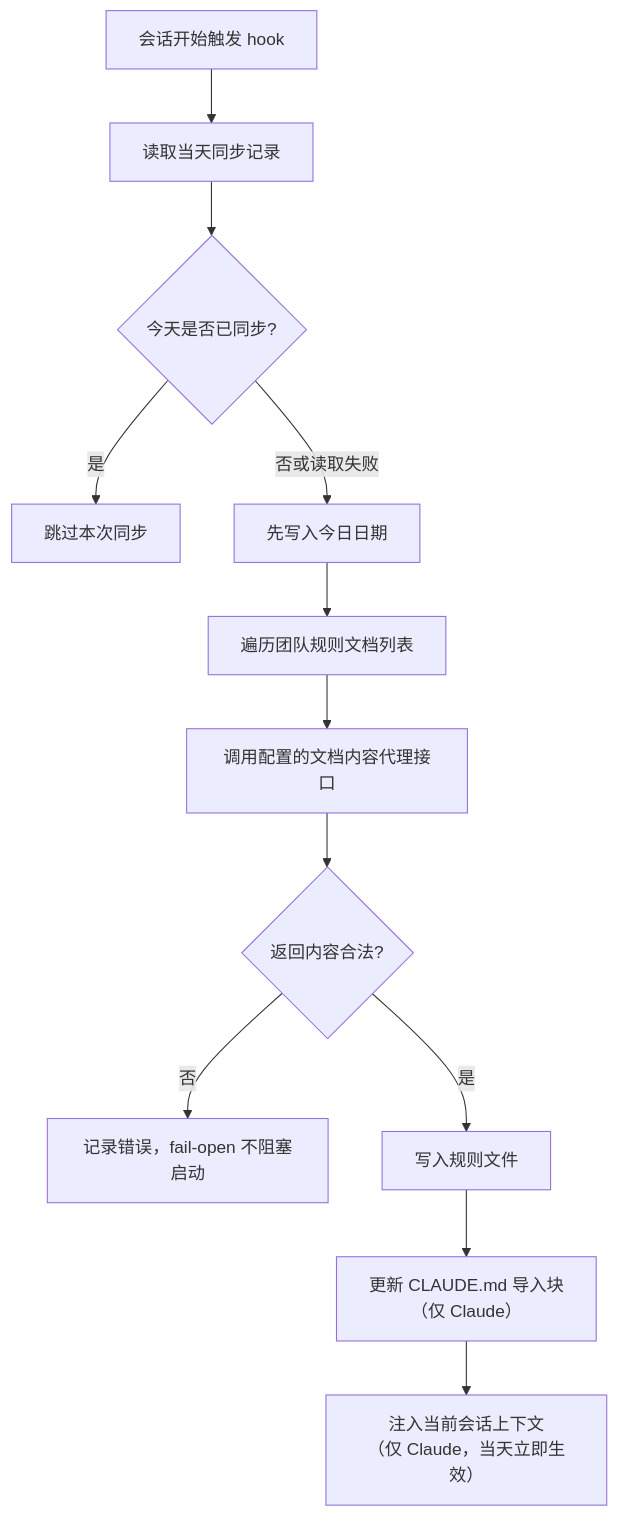
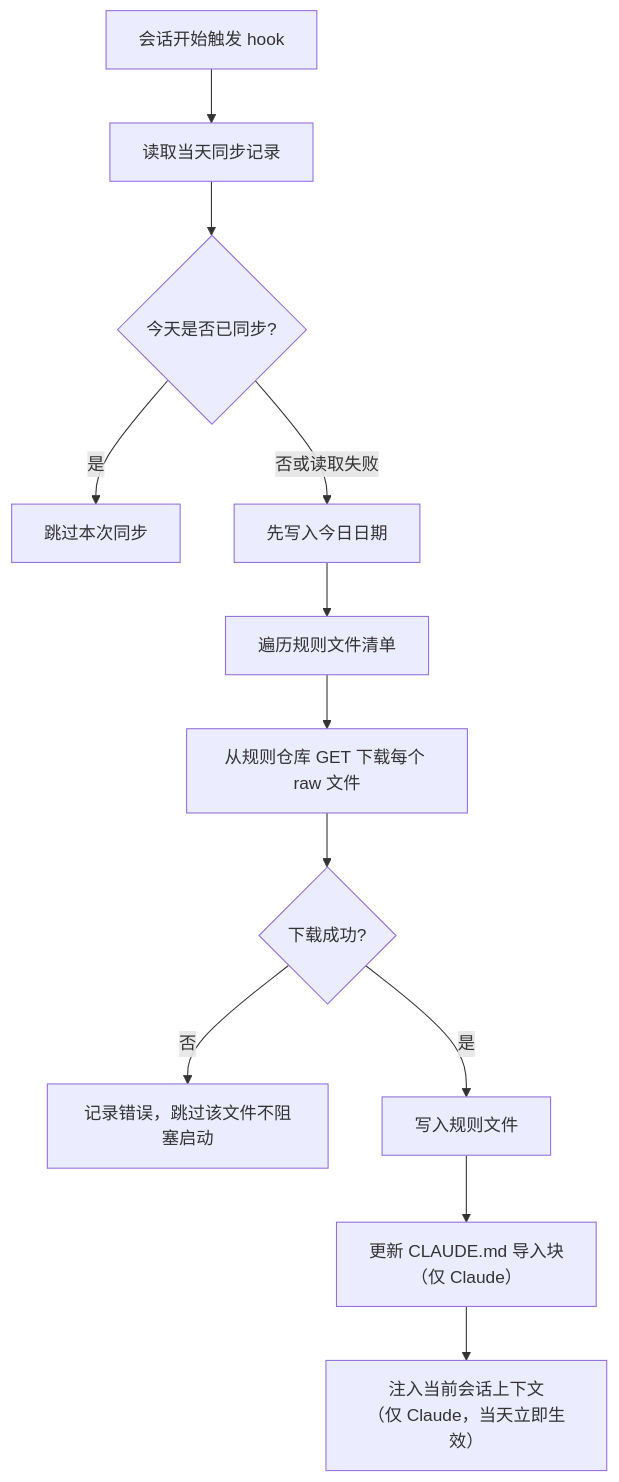
One commit to 44xiao44/CodingAgentGuidelines changed the second of 3 diagrams in README.md. Above: the diagram before and after it, drawn with Mermaid. The commit also changed other lines of this file and 17 other files, not shown here.

````diff
--- a/README.md
+++ b/README.md
@@ -126,14 +126,14 @@
 ```mermaid
 flowchart TD
     A["会话开始触发 hook"] --> B["读取当天同步记录"]
     B --> C{"今天是否已同步?"}
     C -- "是" --> D["跳过本次同步"]
     C -- "否或读取失败" --> E["先写入今日日期"]
-    E --> F["遍历团队规则文档列表"]
-    F --> G["调用配置的文档内容代理接口"]
-    G --> H{"返回内容合法?"}
-    H -- "否" --> I["记录错误，fail-open 不阻塞启动"]
+    E --> F["遍历规则文件清单"]
+    F --> G["从规则仓库 GET 下载每个 raw 文件"]
+    G --> H{"下载成功?"}
+    H -- "否" --> I["记录错误，跳过该文件不阻塞启动"]
     H -- "是" --> J["写入规则文件"]
     J --> K["更新 CLAUDE.md 导入块<br/>（仅 Claude）"]
     K --> L["注入当前会话上下文<br/>（仅 Claude，当天立即生效）"]
 ```
````
